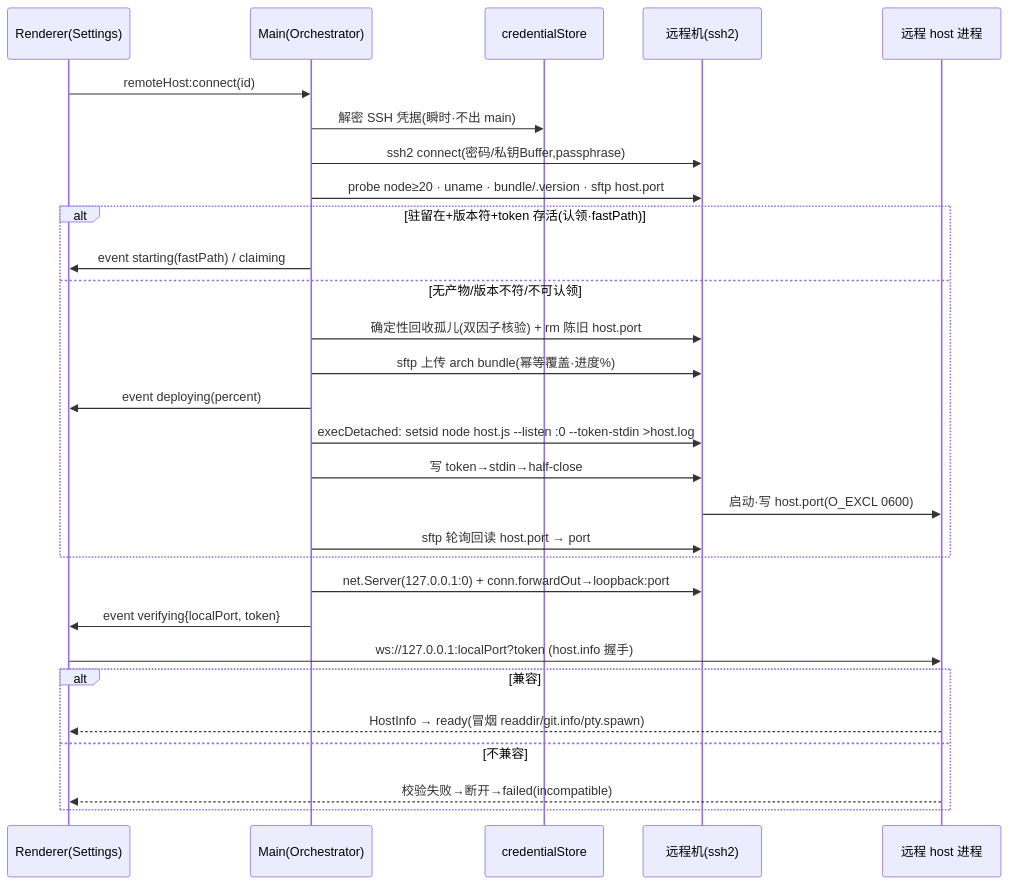
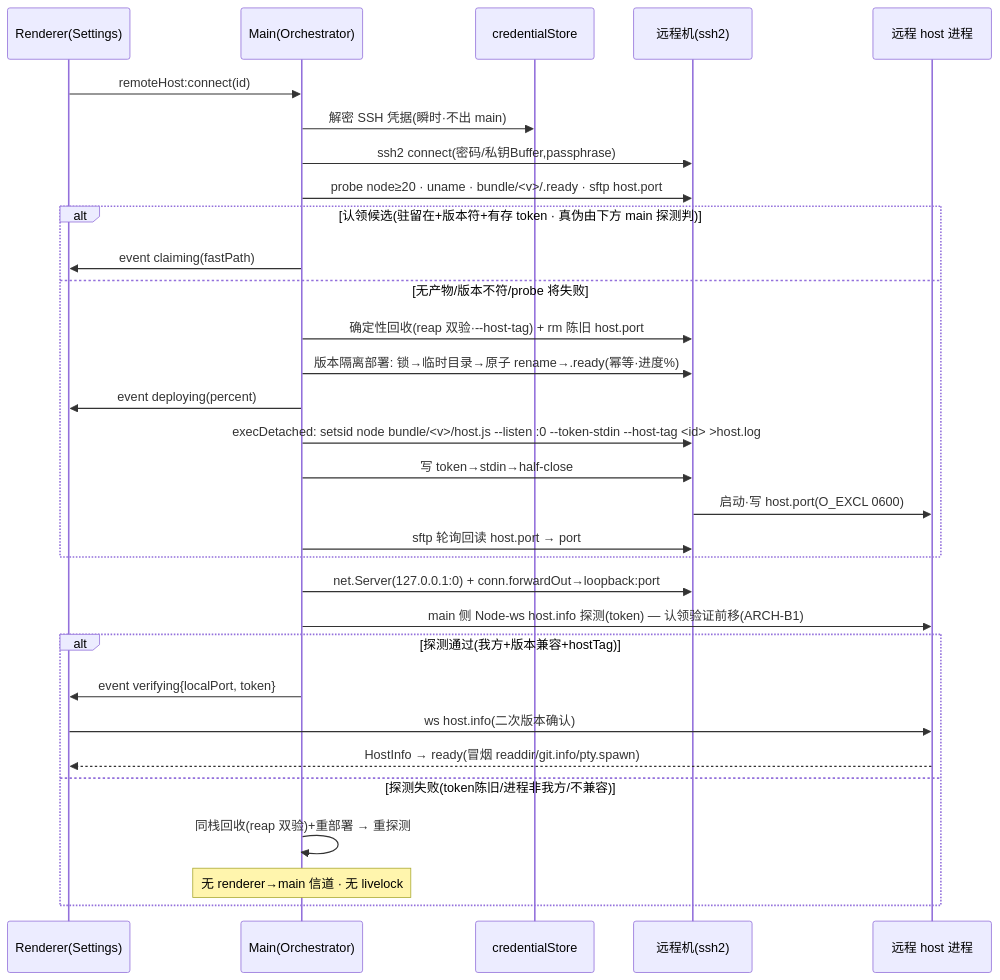
One commit to okteam99/termpro changed the diagram in docs/features/TERMPRO-F260709180208-Remote-Hosts-SSH/TECH.md. Above: the diagram before and after it, drawn with Mermaid. The commit also changed other lines of this file and 1 other file, not shown here.

````diff
--- a/docs/features/TERMPRO-F260709180208-Remote-Hosts-SSH/TECH.md
+++ b/docs/features/TERMPRO-F260709180208-Remote-Hosts-SSH/TECH.md
@@ -560,31 +629,33 @@
 ```mermaid
 sequenceDiagram
   participant R as Renderer(Settings)
   participant M as Main(Orchestrator)
   participant Cr as credentialStore
   participant S as 远程机(ssh2)
   participant H as 远程 host 进程
   R->>M: remoteHost:connect(id)
   M->>Cr: 解密 SSH 凭据(瞬时·不出 main)
   M->>S: ssh2 connect(密码/私钥Buffer,passphrase)
-  M->>S: probe node≥20 · uname · bundle/.version · sftp host.port
-  alt 驻留在+版本符+token 存活(认领·fastPath)
-    M->>R: event starting(fastPath) / claiming
-  else 无产物/版本不符/不可认领
-    M->>S: 确定性回收孤儿(双因子核验) + rm 陈旧 host.port
-    M->>S: sftp 上传 arch bundle(幂等覆盖·进度%)
+  M->>S: probe node≥20 · uname · bundle/<v>/.ready · sftp host.port
+  alt 认领候选(驻留在+版本符+有存 token · 真伪由下方 main 探测判)
+    M->>R: event claiming(fastPath)
+  else 无产物/版本不符/probe 将失败
+    M->>S: 确定性回收(reap 双验·--host-tag) + rm 陈旧 host.port
+    M->>S: 版本隔离部署: 锁→临时目录→原子 rename→.ready(幂等·进度%)
     M->>R: event deploying(percent)
-    M->>S: execDetached: setsid node host.js --listen :0 --token-stdin >host.log
+    M->>S: execDetached: setsid node bundle/<v>/host.js --listen :0 --token-stdin --host-tag <id> >host.log
     M->>S: 写 token→stdin→half-close
     S->>H: 启动·写 host.port(O_EXCL 0600)
     M->>S: sftp 轮询回读 host.port → port
   end
   M->>S: net.Server(127.0.0.1:0) + conn.forwardOut→loopback:port
-  M->>R: event verifying{localPort, token}
-  R->>H: ws://127.0.0.1:localPort?token (host.info 握手)
-  alt 兼容
+  M->>H: main 侧 Node-ws host.info 探测(token) — 认领验证前移(ARCH-B1)
+  alt 探测通过(我方+版本兼容+hostTag)
+    M->>R: event verifying{localPort, token}
+    R->>H: ws host.info(二次版本确认)
     H-->>R: HostInfo → ready(冒烟 readdir/git.info/pty.spawn)
-  else 不兼容
-    H-->>R: 校验失败→断开→failed(incompatible)
+  else 探测失败(token陈旧/进程非我方/不兼容)
+    M->>M: 同栈回收(reap 双验)+重部署 → 重探测
+    Note over M: 无 renderer→main 信道 · 无 livelock
   end
 ```
````
